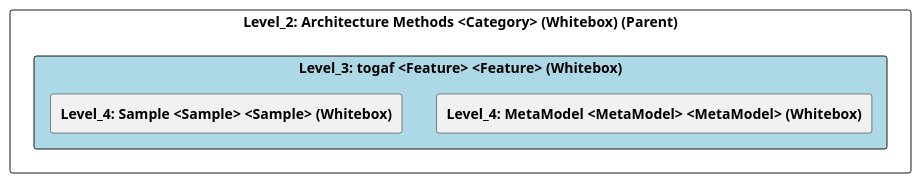
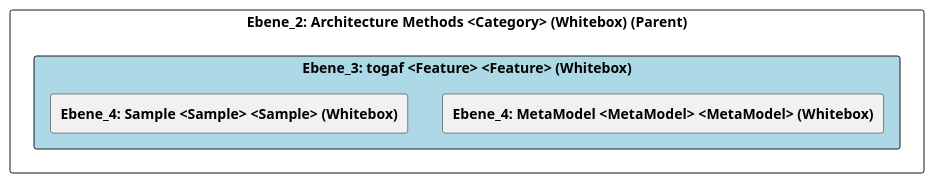
The diagram in doc/cleonproject_deliverables_architecture_model_architecture/adoc/de/05_bausteinsicht/cleon/architecture_methods/togaf/ebene_3_togaf.adoc (marcozwyssig/cleon), drawn with PlantUML before and after one commit. The commit also changed other lines of this file and 258 other files, not shown here.

```diff
--- a/doc/cleonproject_deliverables_architecture_model_architecture/adoc/de/05_bausteinsicht/cleon/architecture_methods/togaf/ebene_3_togaf.adoc
+++ b/doc/cleonproject_deliverables_architecture_model_architecture/adoc/de/05_bausteinsicht/cleon/architecture_methods/togaf/ebene_3_togaf.adoc
@@ -24,25 +24,25 @@
-[plantuml, Level_3: togaf <Feature> <Feature> (Whitebox)BlockOverview, format="svg"]
+[plantuml, Ebene_3: togaf <Feature> <Feature> (Whitebox)BlockOverview, format="svg"]
 ----
-@startuml Level_3: togaf <Feature> <Feature> (Whitebox)BuildingBlockOverview
+@startuml Ebene_3: togaf <Feature> <Feature> (Whitebox)BuildingBlockOverview
 
 skinparam ranksep 10
 skinparam componentStyle rectangle
 skinparam shadowing false
 skinparam arrowColor lightblue
 skinparam arrowThickness 1.2
 skinparam rectangle {
   BackgroundColor White
   BorderColor #333
   RoundCorner 10
 }
 top to bottom direction
 
-component "Level_2: Architecture Methods <Category> (Whitebox) (Parent)" {
-    component "Level_3: togaf <Feature> <Feature> (Whitebox)" #lightblue {
-        [**Level_4: MetaModel <MetaModel> <MetaModel> (Whitebox)**] as 4A56DE40_D579_11EE_903E_9F564E4DE07E
-        [**Level_4: Sample <Sample> <Sample> (Whitebox)**] as 4A57056B_D579_11EE_903E_9F564E4DE07E
+component "Ebene_2: Architecture Methods <Category> (Whitebox) (Parent)" {
+    component "Ebene_3: togaf <Feature> <Feature> (Whitebox)" #lightblue {
+        [**Ebene_4: MetaModel <MetaModel> <MetaModel> (Whitebox)**] as 4A56DE40_D579_11EE_903E_9F564E4DE07E
+        [**Ebene_4: Sample <Sample> <Sample> (Whitebox)**] as 4A57056B_D579_11EE_903E_9F564E4DE07E
     }
 }
 
 @enduml
 ----
```
